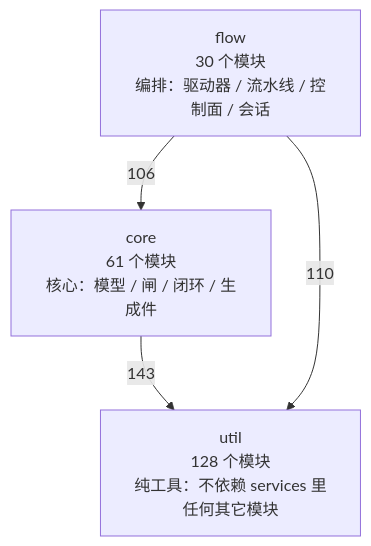
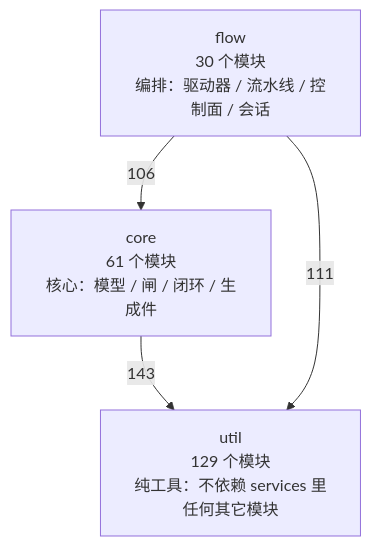
Before and after one commit to 2686521696/WhyBuddy: the first of 4 diagrams in docs/SlideRule V6.2 架构图（自动生成）.md, drawn with Mermaid. The commit also changed other lines of this file and 7 other files, not shown here.

````diff
--- a/docs/SlideRule V6.2 架构图（自动生成）.md
+++ b/docs/SlideRule V6.2 架构图（自动生成）.md
@@ -48,9 +48,9 @@
 ```mermaid
 flowchart TB
-  util["util<br/>128 个模块<br/>纯工具：不依赖 services 里任何其它模块"]
+  util["util<br/>129 个模块<br/>纯工具：不依赖 services 里任何其它模块"]
   core["core<br/>61 个模块<br/>核心：模型 / 闸 / 闭环 / 生成件"]
   flow["flow<br/>30 个模块<br/>编排：驱动器 / 流水线 / 控制面 / 会话"]
   core -->|143| util
   flow -->|106| core
-  flow -->|110| util
+  flow -->|111| util
 ```
````
